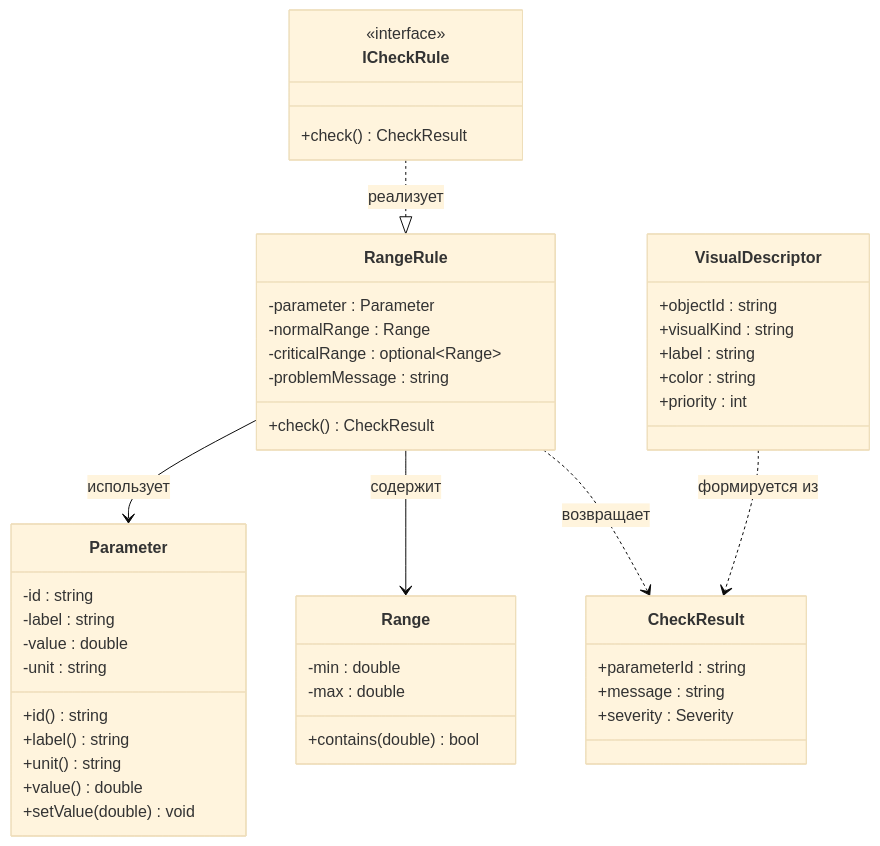
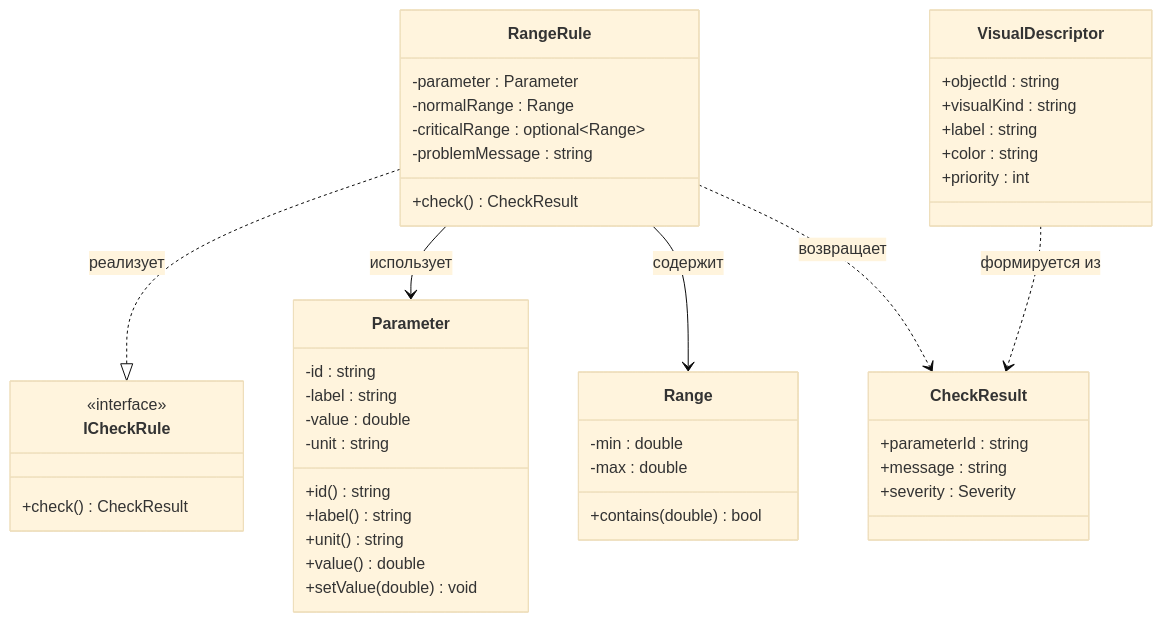
Before and after one commit to masilla-sudo/lab_trainer: the second of 3 diagrams in README.md, drawn with Mermaid (base theme). The commit also changed other lines of this file and 2 other files, not shown here.

````diff
--- a/README.md
+++ b/README.md
@@ -111,50 +114,50 @@
 ```mermaid
 
 classDiagram
     class ICheckRule {
         <<interface>>
         +check() CheckResult
     }
     class RangeRule {
         -parameter : Parameter
         -normalRange : Range
         -criticalRange : optional~Range~
         -problemMessage : string
         +check() CheckResult
     }
     class Parameter {
         -id : string
         -label : string
         -value : double
         -unit : string
         +id() string
         +label() string
         +unit() string
         +value() double
         +setValue(double) void
     }
     class Range {
         -min : double
         -max : double
         +contains(double) bool
     }
     class CheckResult {
         +parameterId : string
         +message : string
         +severity : Severity
     }
     class VisualDescriptor {
         +objectId : string
         +visualKind : string
         +label : string
         +color : string
         +priority : int
     }
 
-    ICheckRule ..|> RangeRule : реализует
+    RangeRule ..|> ICheckRule : реализует
     RangeRule --> Parameter : использует
     RangeRule --> Range : содержит
     RangeRule ..> CheckResult : возвращает
     VisualDescriptor ..> CheckResult : формируется из
 
 ```
````
